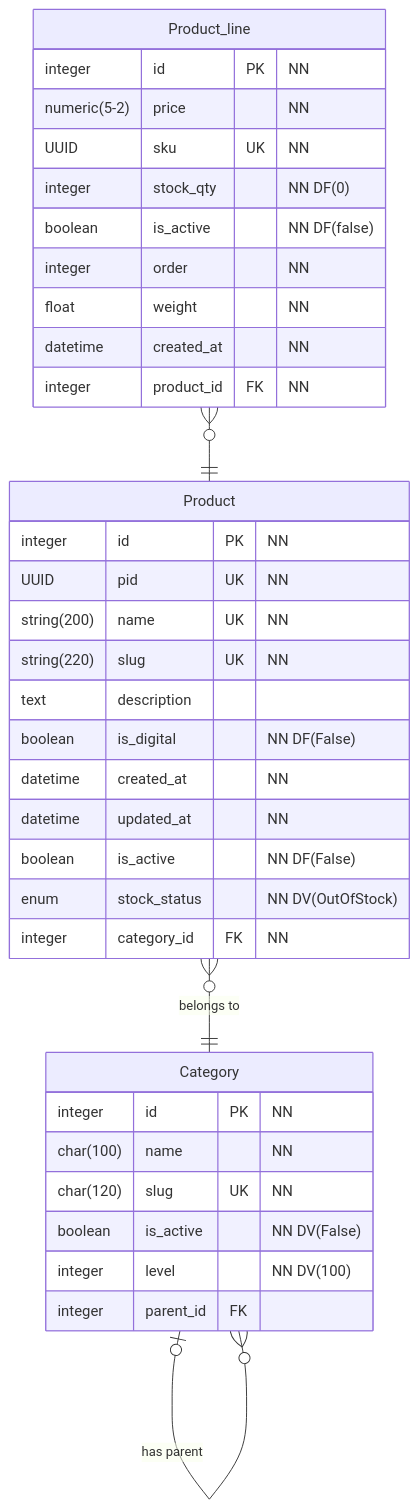
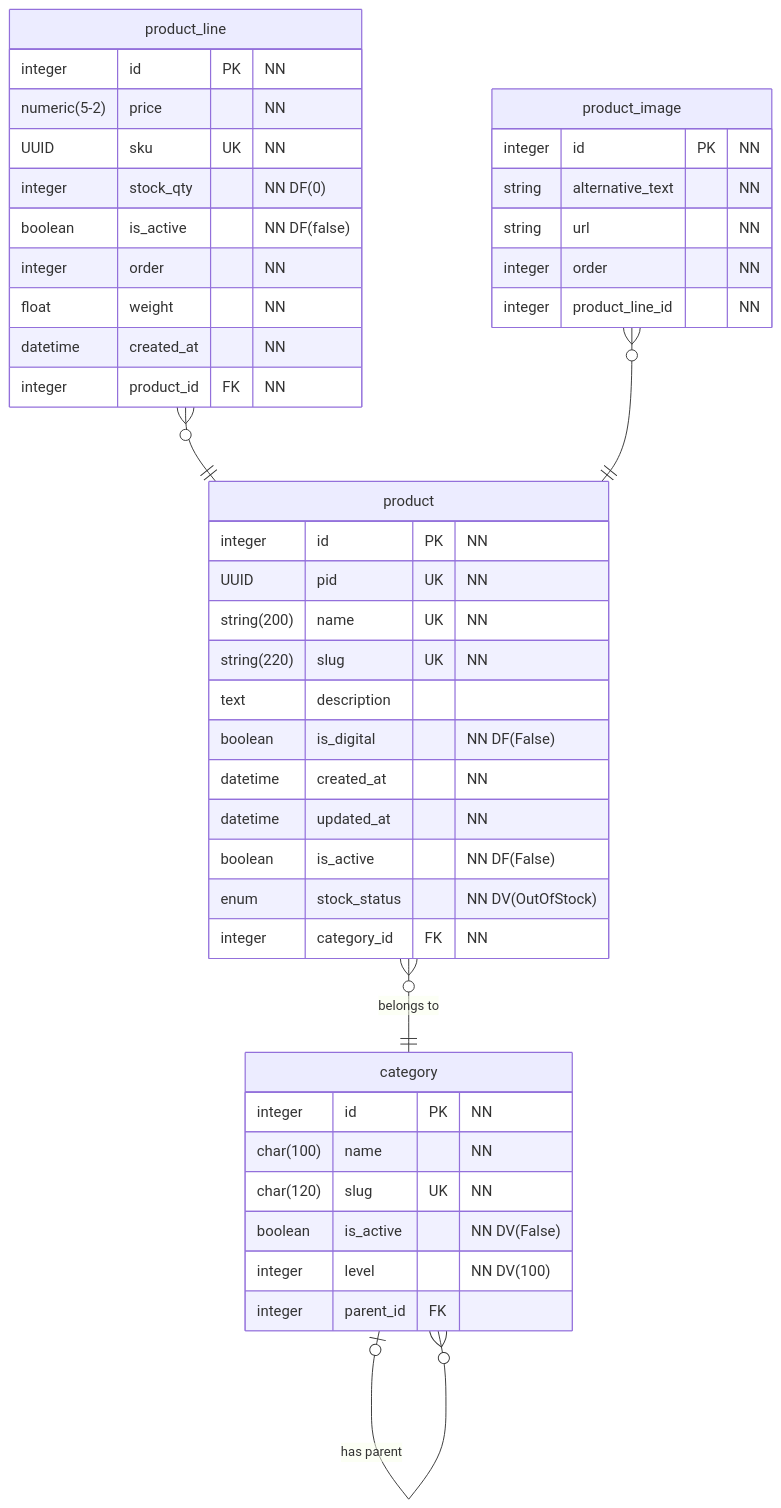
The diagram in README.md (BrunoSoaresEngineering/fastAPI-learning-project), drawn with Mermaid before and after one commit. The commit also changed 2 other files, not shown here.

Commit message:
feat: add "product_image" table

````diff
--- a/README.md
+++ b/README.md
@@ -3,42 +3,51 @@
 ```mermaid
 erDiagram
-    Category {
+    category {
       integer id PK "NN"
       char(100) name "NN"
       char(120) slug UK "NN"
       boolean is_active "NN DV(False)"
       integer level "NN DV(100)"
       integer parent_id FK
     }
 
-    Product {
+    product {
       integer id PK "NN"
       UUID pid UK "NN"
       string(200) name UK "NN"
       string(220) slug UK "NN"
       text description
       boolean is_digital "NN DF(False)"
       datetime created_at "NN"
       datetime updated_at "NN"
       boolean is_active "NN DF(False)"
       enum stock_status "NN DV(OutOfStock)"
       integer category_id FK "NN"
     }
 
-    Product_line {
+    product_line {
       integer id PK "NN"
       numeric(5-2) price "NN"
       UUID sku UK "NN"
       integer stock_qty "NN DF(0)"
       boolean is_active "NN DF(false)"
       integer order "NN"
       float weight "NN"
       datetime created_at "NN"
       integer product_id FK "NN"
     }
 
-    Category |o--o{ Category : "has parent"
-    Product }o--|| Category: "belongs to"
-    Product_line }o--|| Product: ""
+    product_image {
+      integer id PK "NN"
+      string alternative_text "NN"
+      string url "NN"
+      integer order "NN"
+      integer product_line_id "NN"
+    }
+
+    category |o--o{ category : "has parent"
+    product }o--|| category: "belongs to"
+    product_line }o--|| product: ""
+    product_image }o--|| product: ""
 
 ```
````
